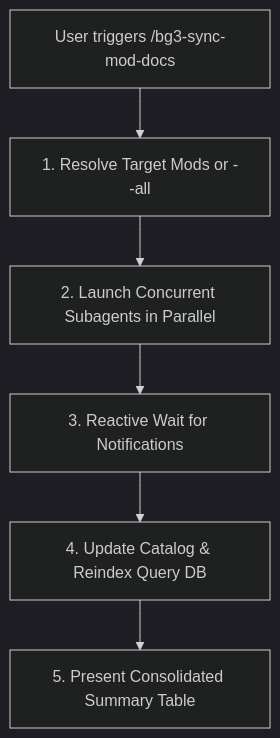
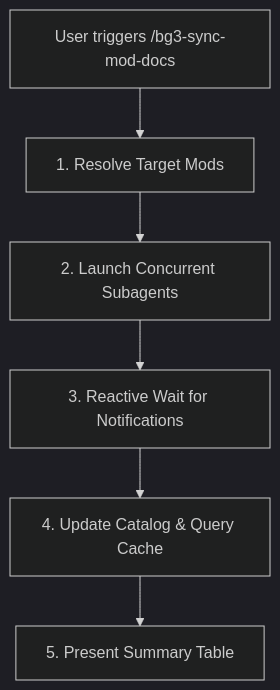
The diagram in packages/bg3-core/bg3_core/skills/bg3-sync-mod-docs/SKILL.md (jpelton-stroud/bg3-mod-studio), drawn with Mermaid (dark theme) before and after one commit. The commit also changed other lines of this file and 51 other files, not shown here.

First line of the commit message:
fix(core): harden security boundaries, align router schemas, and sync docs (#69)

````diff
--- a/packages/bg3-core/bg3_core/skills/bg3-sync-mod-docs/SKILL.md
+++ b/packages/bg3-core/bg3_core/skills/bg3-sync-mod-docs/SKILL.md
@@ -22,8 +22,8 @@
 ```mermaid
 flowchart TD
-    Start["User triggers /bg3-sync-mod-docs"] --> Resolve["1. Resolve Target Mods or --all"]
-    Resolve --> Dispatch["2. Launch Concurrent Subagents in Parallel"]
+    Start["User triggers /bg3-sync-mod-docs"] --> Resolve["1. Resolve Target Mods"]
+    Resolve --> Dispatch["2. Launch Concurrent Subagents"]
     Dispatch --> Wait["3. Reactive Wait for Notifications"]
-    Wait --> Catalog["4. Update Catalog & Reindex Query DB"]
-    Catalog --> Present["5. Present Consolidated Summary Table"]
+    Wait --> Catalog["4. Update Catalog & Query Cache"]
+    Catalog --> Present["5. Present Summary Table"]
 ```
````
